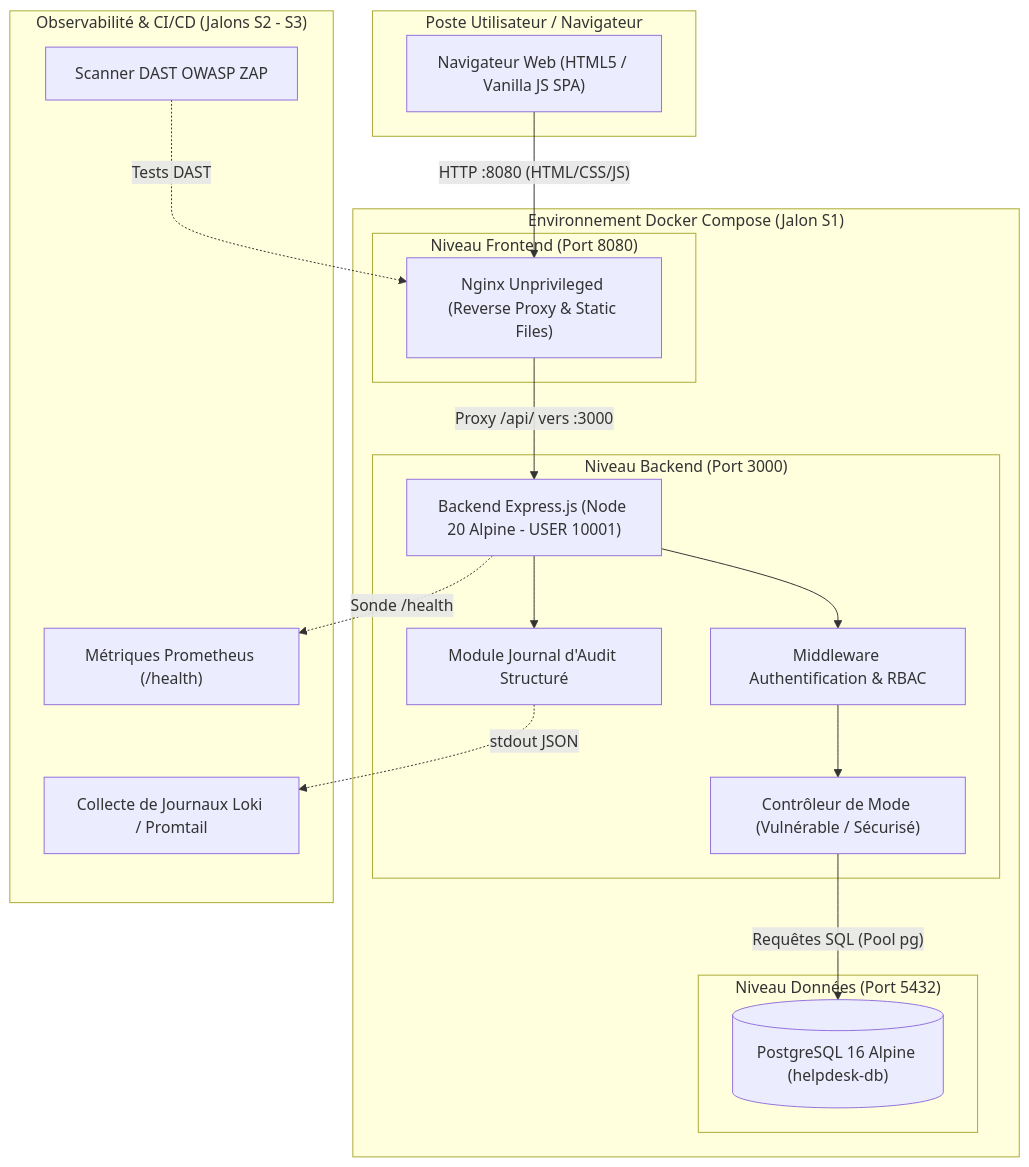
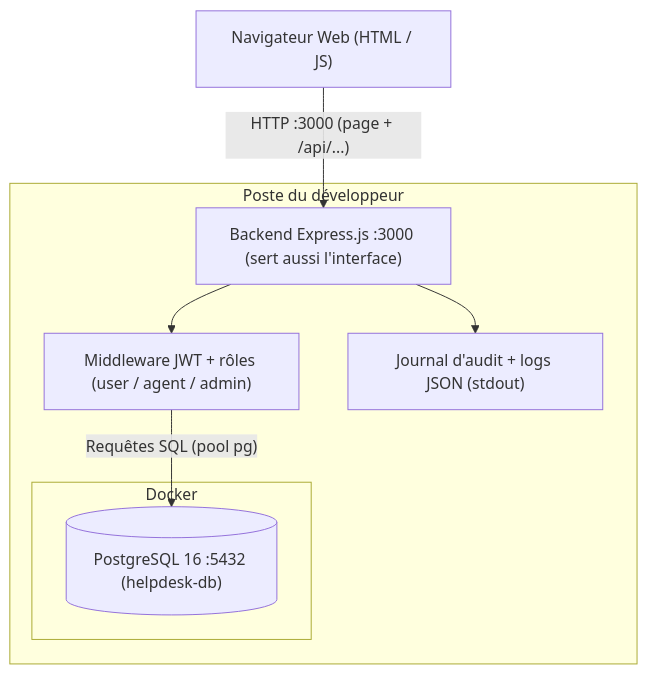
The diagram in docs/architecture-initiale.md (Rouabenjemaa/helpdesk-devsecops), drawn with Mermaid before and after one commit. The commit also changed other lines of this file and 17 other files, not shown here.

````diff
--- a/docs/architecture-initiale.md
+++ b/docs/architecture-initiale.md
@@ -20,39 +20,16 @@
 ```mermaid
 flowchart TD
-    subgraph Client["Poste Utilisateur / Navigateur"]
-        Browser["Navigateur Web (HTML5 / Vanilla JS SPA)"]
-    end
-
-    subgraph DockerEnv["Environnement Docker Compose (Jalon S1)"]
-        subgraph FrontendTier["Niveau Frontend (Port 8080)"]
-            Nginx["Nginx Unprivileged (Reverse Proxy & Static Files)"]
-        end
-
-        subgraph BackendTier["Niveau Backend (Port 3000)"]
-            Express["Backend Express.js (Node 20 Alpine - USER 10001)"]
-            Auth["Middleware Authentification & RBAC"]
-            Audit["Module Journal d'Audit Structuré"]
-            SecCtrl["Contrôleur de Mode (Vulnérable / Sécurisé)"]
-        end
-
-        subgraph DatabaseTier["Niveau Données (Port 5432)"]
-            PG[("PostgreSQL 16 Alpine (helpdesk-db)")]
+    Browser["Navigateur Web (HTML / JS)"]
+    subgraph Poste["Poste du développeur"]
+        Express["Backend Express.js :3000 (sert aussi l'interface)"]
+        Auth["Middleware JWT + rôles (user / agent / admin)"]
+        Audit["Journal d'audit + logs JSON (stdout)"]
+        subgraph Docker["Docker"]
+            PG[("PostgreSQL 16 :5432 (helpdesk-db)")]
         end
     end
-
-    subgraph Observabilite["Observabilité & CI/CD (Jalons S2 - S3)"]
-        Loki["Collecte de Journaux Loki / Promtail"]
-        Prom["Métriques Prometheus (/health)"]
-        ZAP["Scanner DAST OWASP ZAP"]
-    end
-
-    Browser -->|"HTTP :8080 (HTML/CSS/JS)"| Nginx
-    Nginx -->|"Proxy /api/ vers :3000"| Express
+    Browser -->|"HTTP :3000 (page + /api/...)"| Express
     Express --> Auth
-    Auth --> SecCtrl
-    SecCtrl -->|"Requêtes SQL (Pool pg)"| PG
+    Auth -->|"Requêtes SQL (pool pg)"| PG
     Express --> Audit
-    Audit -.->|"stdout JSON"| Loki
-    Express -.->|"Sonde /health"| Prom
-    ZAP -.->|"Tests DAST"| Nginx
 ```
````
